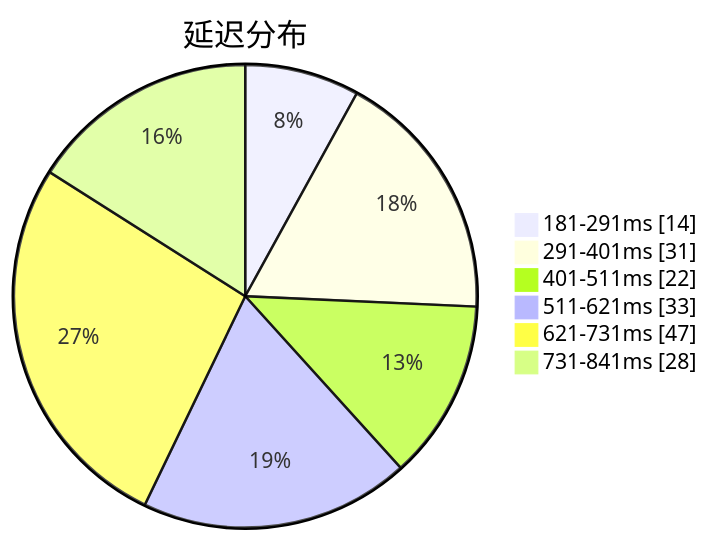
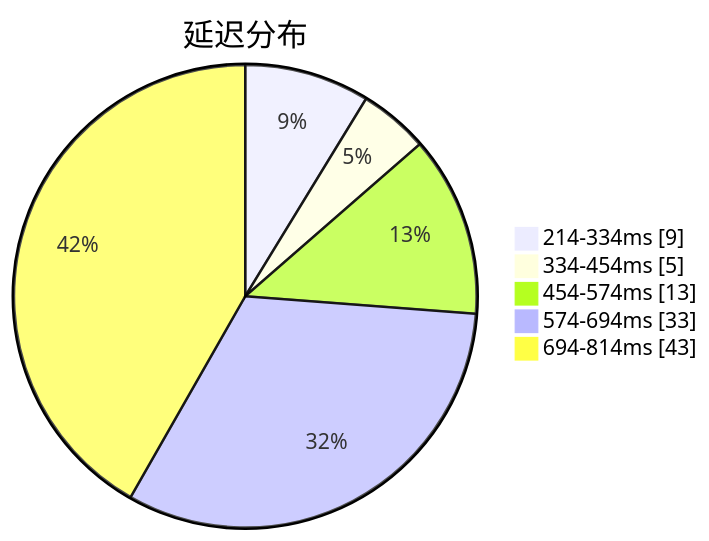
The first of 3 diagrams in subs/statistics/tested_within.md (qjlxg/airport), drawn with Mermaid before and after one commit. The commit also changed other lines of this file and 2 other files, not shown here.

````diff
--- a/subs/statistics/tested_within.md
+++ b/subs/statistics/tested_within.md
@@ -2,10 +2,9 @@
 ```mermaid
 pie showData
 title 延迟分布
-"181-291ms" : 14
-"291-401ms" : 31
-"401-511ms" : 22
-"511-621ms" : 33
-"621-731ms" : 47
-"731-841ms" : 28
+"214-334ms" : 9
+"334-454ms" : 5
+"454-574ms" : 13
+"574-694ms" : 33
+"694-814ms" : 43
 ```
````
